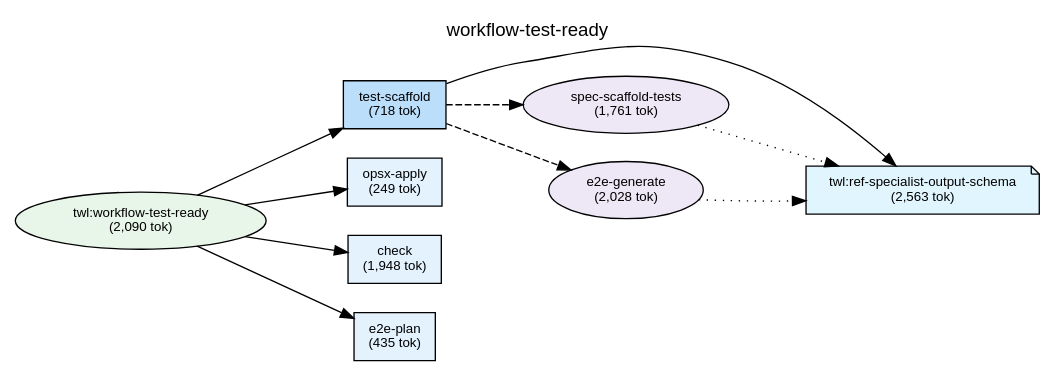
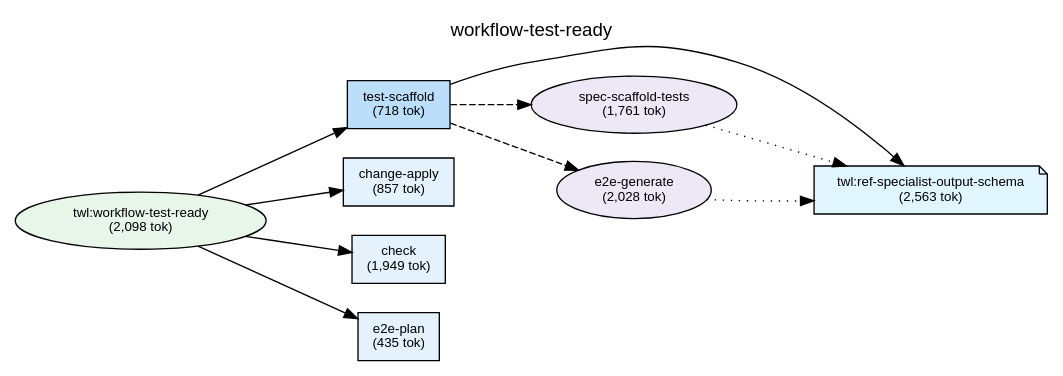
One commit to shuu5/twill changed the diagram in plugins/twl/docs/deps-workflow-test-ready.dot. Above: the diagram before and after it, drawn with Graphviz. The commit also changed 39 other files, not shown here.

First line of the commit message:
feat(twl): OpenSpecコマンドrename opsx-* → change-* 統合 + archive workflow統合

```diff
--- a/plugins/twl/docs/deps-workflow-test-ready.dot
+++ b/plugins/twl/docs/deps-workflow-test-ready.dot
@@ -1,63 +1,63 @@
 digraph Dependencies {
     // Graph settings
     rankdir=LR;
     ranksep=0.8;
     nodesep=0.3;
     fontname="Helvetica";
     node [fontname="Helvetica", fontsize=10];
     edge [fontname="Helvetica", fontsize=9];
     label="workflow-test-ready";
     labelloc=t;
     fontsize=14;
 
     // L0: Controller Skills
 
     // L0: Launchers
 
     // L0.5: Workflow Skills
-    skill_workflow_test_ready [label="twl:workflow-test-ready\n(2,090 tok)", shape=ellipse, style=filled, fillcolor="#e8f5e9"];
+    skill_workflow_test_ready [label="twl:workflow-test-ready\n(2,098 tok)", shape=ellipse, style=filled, fillcolor="#e8f5e9"];
 
     // Reference Skills
     skill_ref_specialist_output_schema [label="twl:ref-specialist-output-schema\n(2,563 tok)", shape=note, style=filled, fillcolor="#e1f5fe"];
 
     // L1: Direct Commands
-    cmd_opsx_apply [label="opsx-apply\n(249 tok)", shape=box, style=filled, fillcolor="#e3f2fd"];
-    cmd_check [label="check\n(1,948 tok)", shape=box, style=filled, fillcolor="#e3f2fd"];
+    cmd_change_apply [label="change-apply\n(857 tok)", shape=box, style=filled, fillcolor="#e3f2fd"];
+    cmd_check [label="check\n(1,949 tok)", shape=box, style=filled, fillcolor="#e3f2fd"];
     cmd_e2e_plan [label="e2e-plan\n(435 tok)", shape=box, style=filled, fillcolor="#e3f2fd"];
     cmd_test_scaffold [label="test-scaffold\n(718 tok)", shape=box, style=filled, fillcolor="#bbdefb"];
 
     // L2: Sub Commands
 
     // L3: Agents
     agent_spec_scaffold_tests [label="spec-scaffold-tests\n(1,761 tok)", shape=ellipse, style=filled, fillcolor="#ede7f6"];
     agent_e2e_generate [label="e2e-generate\n(2,028 tok)", shape=ellipse, style=filled, fillcolor="#ede7f6"];
 
     // L3.5: Scripts
 
     // L4: External
 
     // Layer constraints
     { rank=same; skill_workflow_test_ready; }
     { rank=same; skill_ref_specialist_output_schema; }
-    { rank=same; cmd_opsx_apply; cmd_check; cmd_e2e_plan; cmd_test_scaffold; }
+    { rank=same; cmd_change_apply; cmd_check; cmd_e2e_plan; cmd_test_scaffold; }
     { rank=same; agent_spec_scaffold_tests; agent_e2e_generate; }
 
     // Edges
     skill_workflow_test_ready -> cmd_test_scaffold;
-    skill_workflow_test_ready -> cmd_opsx_apply;
+    skill_workflow_test_ready -> cmd_change_apply;
     skill_workflow_test_ready -> cmd_check;
     skill_workflow_test_ready -> cmd_e2e_plan;
     cmd_test_scaffold -> agent_spec_scaffold_tests [style=dashed];
     cmd_test_scaffold -> agent_e2e_generate [style=dashed];
     cmd_test_scaffold -> skill_ref_specialist_output_schema;
     agent_spec_scaffold_tests -> skill_ref_specialist_output_schema [style=dotted];
     agent_e2e_generate -> skill_ref_specialist_output_schema [style=dotted];
 
     // Ordering constraints (invisible edges)
-    cmd_test_scaffold -> cmd_opsx_apply [style=invis, weight=10];
-    cmd_opsx_apply -> cmd_check [style=invis, weight=10];
+    cmd_test_scaffold -> cmd_change_apply [style=invis, weight=10];
+    cmd_change_apply -> cmd_check [style=invis, weight=10];
     cmd_check -> cmd_e2e_plan [style=invis, weight=10];
     agent_spec_scaffold_tests -> agent_e2e_generate [style=invis, weight=10];
     agent_e2e_generate -> skill_ref_specialist_output_schema [style=invis, weight=10];
 
 }
```
